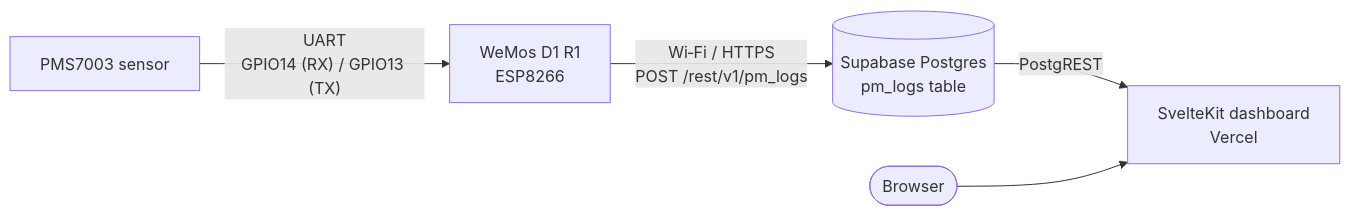
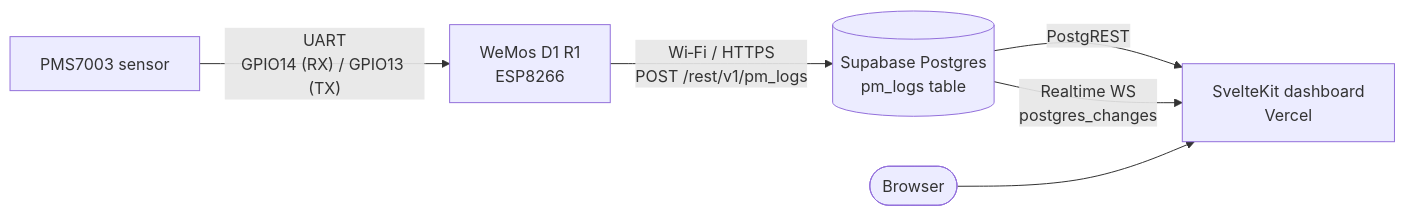
The first of 2 diagrams in README.md (phukrit7171/pms7003-esp8266-cloud), drawn with Mermaid before and after one commit. The commit also changed other lines of this file, not shown here.

First line of the commit message:
docs: document Supabase Realtime integration in dashboard

````diff
--- a/README.md
+++ b/README.md
@@ -5,7 +5,8 @@
 ```mermaid
 flowchart LR
   PMS[PMS7003 sensor] -- UART<br/>GPIO14 (RX) / GPIO13 (TX) --> MCU[WeMos D1 R1<br/>ESP8266]
   MCU -- Wi‑Fi / HTTPS<br/>POST /rest/v1/pm_logs --> SB[(Supabase Postgres<br/>pm_logs table)]
   SB -- PostgREST --> App[SvelteKit dashboard<br/>Vercel]
+  SB -- Realtime WS<br/>postgres_changes --> App
   User([Browser]) --> App
 ```
````
